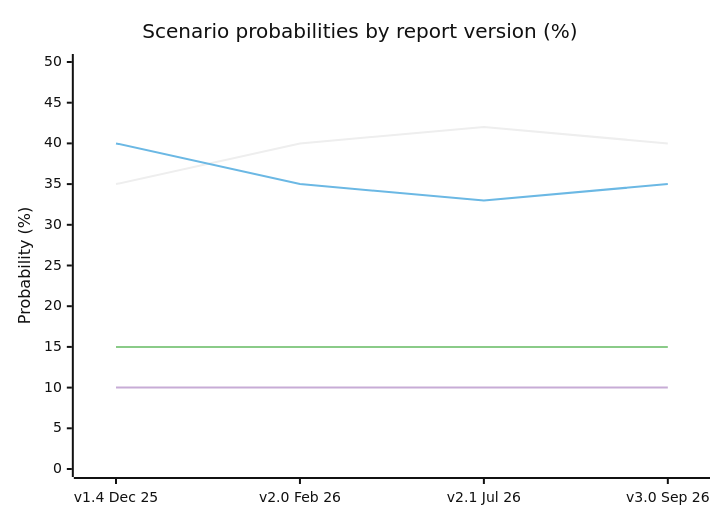
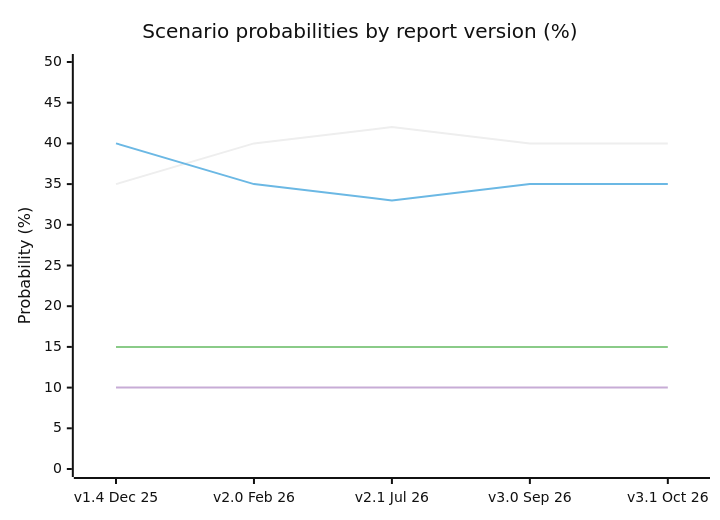
Before and after one commit to AndrewAltimit/template-repo: the sixth of 7 diagrams in docs/projections/ai-agents-espionage-operations.md, drawn with Mermaid (neutral theme). The commit also changed other lines of this file and 60 other files, not shown here.

````diff
--- a/docs/projections/ai-agents-espionage-operations.md
+++ b/docs/projections/ai-agents-espionage-operations.md
@@ -2968,10 +1912,10 @@
 ```mermaid
 xychart-beta
     title "Scenario probabilities by report version (%)"
-    x-axis ["v1.4 Dec 25", "v2.0 Feb 26", "v2.1 Jul 26", "v3.0 Sep 26"]
+    x-axis ["v1.4 Dec 25", "v2.0 Feb 26", "v2.1 Jul 26", "v3.0 Sep 26", "v3.1 Oct 26"]
     y-axis "Probability (%)" 0 --> 50
-    line [35, 40, 42, 40]
-    line [40, 35, 33, 35]
-    line [15, 15, 15, 15]
-    line [10, 10, 10, 10]
+    line [35, 40, 42, 40, 40]
+    line [40, 35, 33, 35, 35]
+    line [15, 15, 15, 15, 15]
+    line [10, 10, 10, 10, 10]
 ```
````
